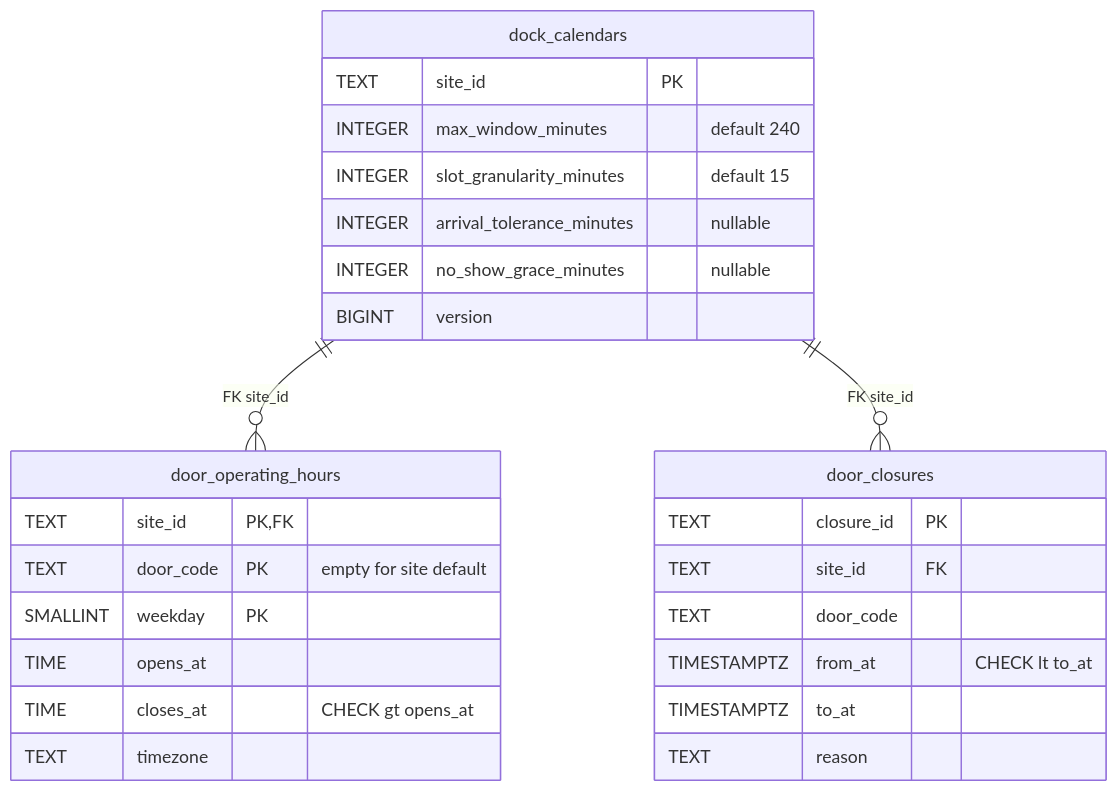
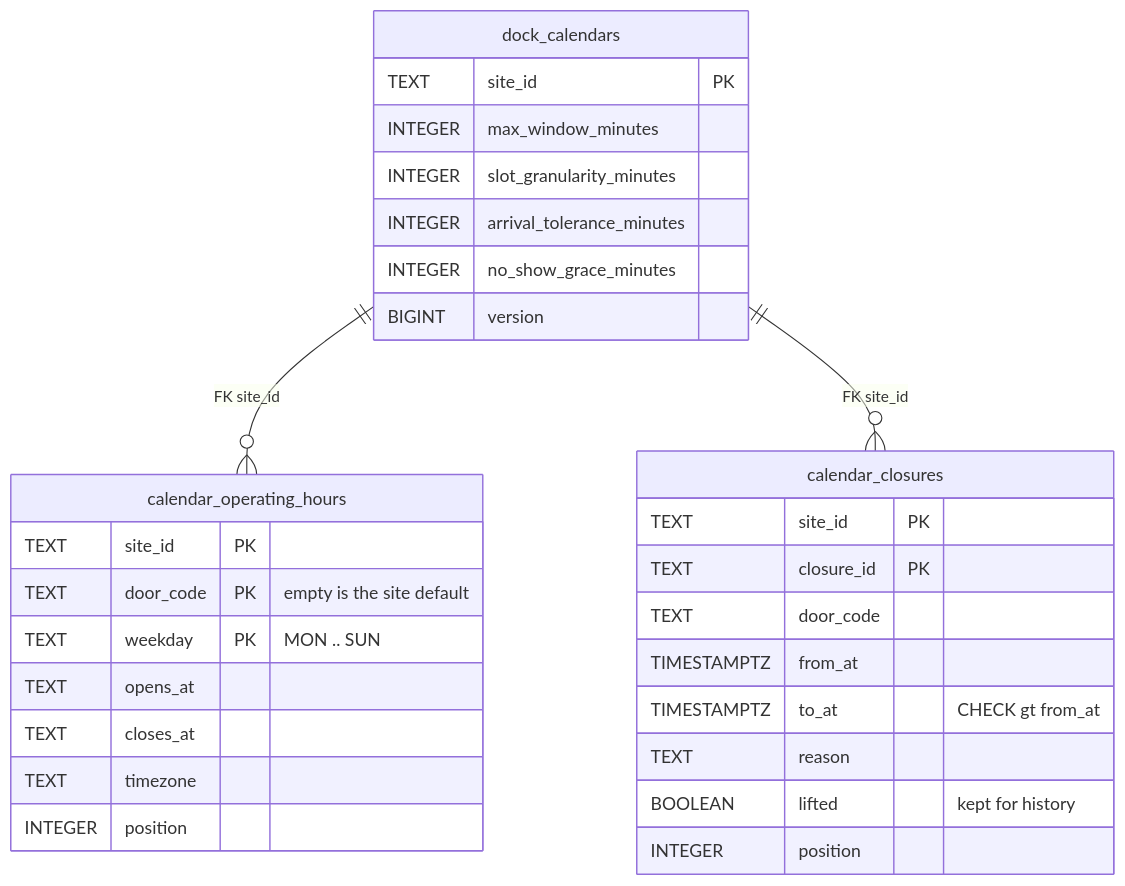
One commit to IQVO/warehouse-docs changed the second of 5 diagrams in yard/docs/contexts/dock-scheduling/entity-relationship.md. Above: the diagram before and after it, drawn with Mermaid. The commit also changed other lines of this file and 51 other files, not shown here.

````diff
--- a/yard/docs/contexts/dock-scheduling/entity-relationship.md
+++ b/yard/docs/contexts/dock-scheduling/entity-relationship.md
@@ -65,30 +63,33 @@
 ```mermaid
 erDiagram
     direction TB
-    dock_calendars ||--o{ door_operating_hours : "FK site_id"
-    dock_calendars ||--o{ door_closures : "FK site_id"
+    dock_calendars ||--o{ calendar_operating_hours : "FK site_id"
+    dock_calendars ||--o{ calendar_closures : "FK site_id"
     dock_calendars {
         TEXT site_id PK
-        INTEGER max_window_minutes "default 240"
-        INTEGER slot_granularity_minutes "default 15"
-        INTEGER arrival_tolerance_minutes "nullable"
-        INTEGER no_show_grace_minutes "nullable"
+        INTEGER max_window_minutes
+        INTEGER slot_granularity_minutes
+        INTEGER arrival_tolerance_minutes
+        INTEGER no_show_grace_minutes
         BIGINT version
     }
-    door_operating_hours {
-        TEXT site_id PK,FK
-        TEXT door_code PK "empty for site default"
-        SMALLINT weekday PK
-        TIME opens_at
-        TIME closes_at "CHECK gt opens_at"
+    calendar_operating_hours {
+        TEXT site_id PK
+        TEXT door_code PK "empty is the site default"
+        TEXT weekday PK "MON .. SUN"
+        TEXT opens_at
+        TEXT closes_at
         TEXT timezone
+        INTEGER position
     }
-    door_closures {
+    calendar_closures {
+        TEXT site_id PK
         TEXT closure_id PK
-        TEXT site_id FK
         TEXT door_code
-        TIMESTAMPTZ from_at "CHECK lt to_at"
-        TIMESTAMPTZ to_at
+        TIMESTAMPTZ from_at
+        TIMESTAMPTZ to_at "CHECK gt from_at"
         TEXT reason
+        BOOLEAN lifted "kept for history"
+        INTEGER position
     }
 ```
````
